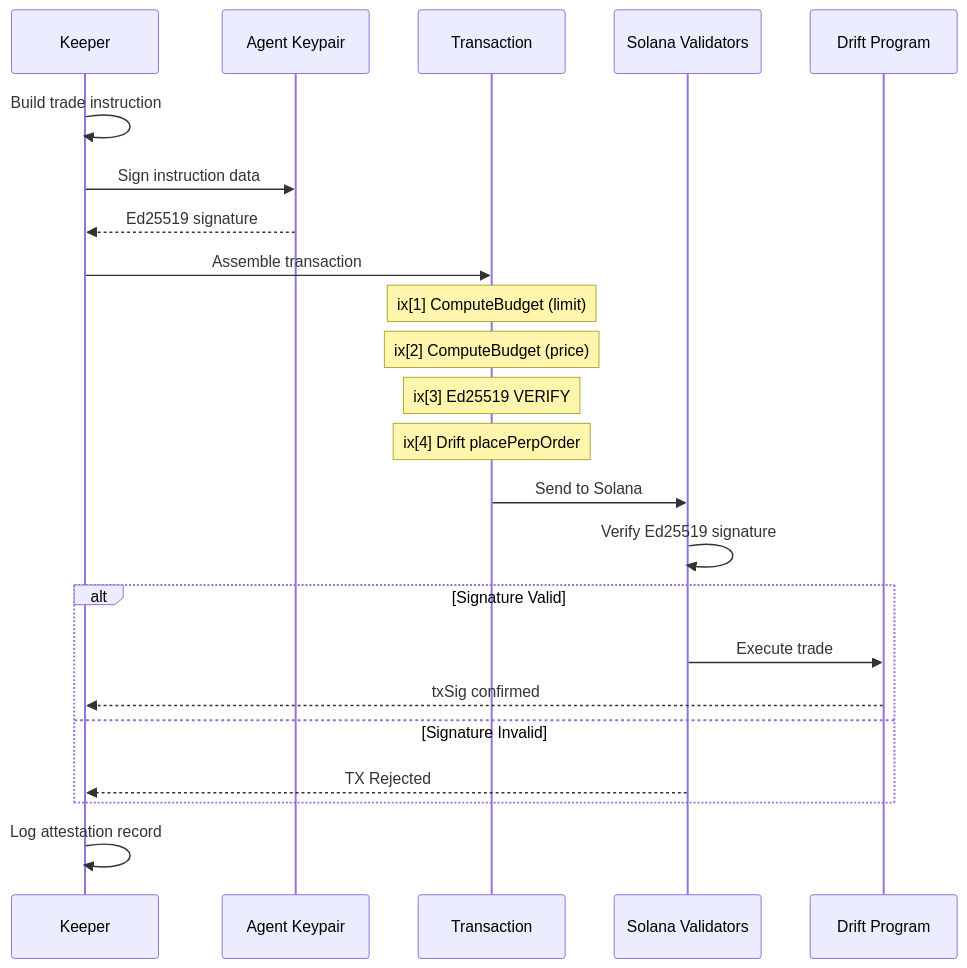
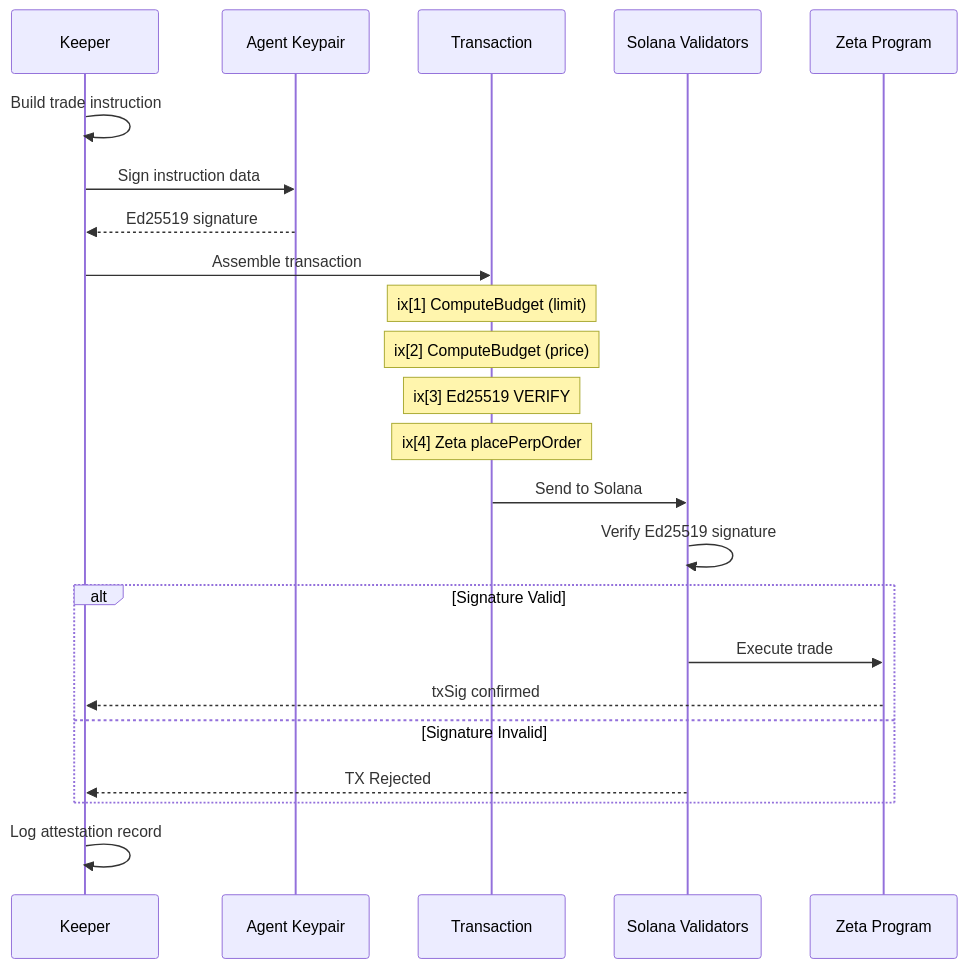
The seventh of 7 diagrams in README.md (Ashutosh0x/ranger-ai-vault), drawn with Mermaid before and after one commit. The commit also changed other lines of this file and 82 other files, not shown here.

Commit message:
feat: pivot from Drift to Zeta Markets and add walk-forward backtest results

````diff
--- a/README.md
+++ b/README.md
@@ -888,26 +888,26 @@
 ```mermaid
 sequenceDiagram
     participant K as Keeper
     participant A as Agent Keypair
     participant TX as Transaction
     participant V as Solana Validators
-    participant D as Drift Program
+    participant D as Zeta Program
 
     K->>K: Build trade instruction
     K->>A: Sign instruction data
     A-->>K: Ed25519 signature
     K->>TX: Assemble transaction
     Note over TX: ix[1] ComputeBudget (limit)
     Note over TX: ix[2] ComputeBudget (price)
     Note over TX: ix[3] Ed25519 VERIFY
-    Note over TX: ix[4] Drift placePerpOrder
+    Note over TX: ix[4] Zeta placePerpOrder
     TX->>V: Send to Solana
     V->>V: Verify Ed25519 signature
     alt Signature Valid
         V->>D: Execute trade
         D-->>K: txSig confirmed
     else Signature Invalid
         V-->>K: TX Rejected
     end
     K->>K: Log attestation record
 ```
````
